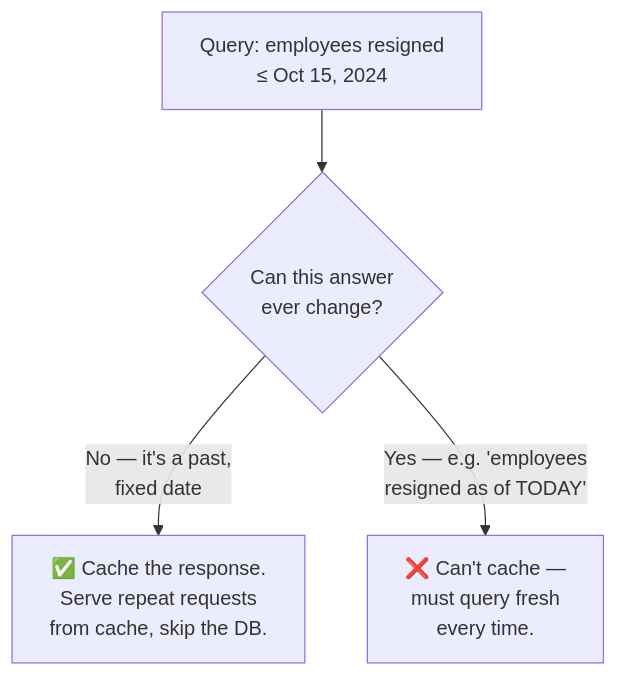
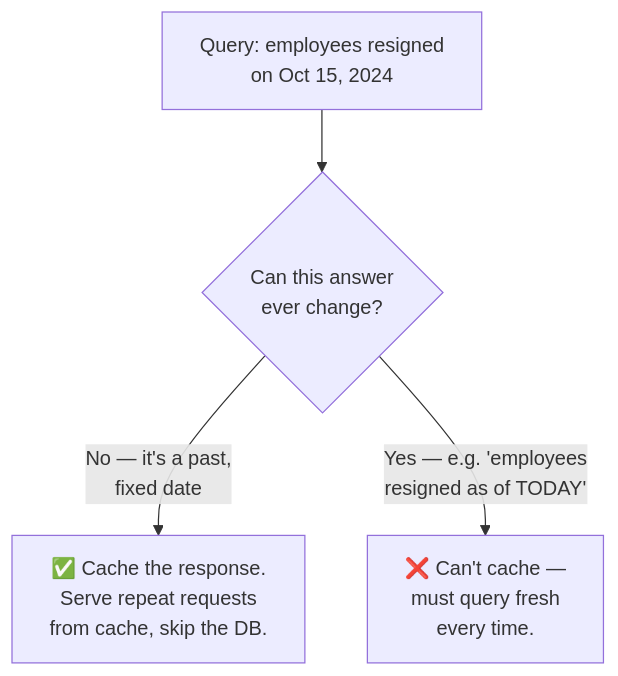
Before and after one commit to developerashok99/green-c-mule-notes: the fourth of 7 diagrams in detailed-notes/day03.md, drawn with Mermaid. The commit also changed other lines of this file and 1 other file, not shown here.

````diff
--- a/detailed-notes/day03.md
+++ b/detailed-notes/day03.md
@@ -86,6 +119,6 @@
 ```mermaid
 flowchart TB
-    Q["Query: employees resigned<br/>≤ Oct 15, 2024"] --> A{"Can this answer<br/>ever change?"}
+    Q["Query: employees resigned<br/>on Oct 15, 2024"] --> A{"Can this answer<br/>ever change?"}
     A -->|"No — it's a past,<br/>fixed date"| Cache["✅ Cache the response.<br/>Serve repeat requests<br/>from cache, skip the DB."]
     A -->|"Yes — e.g. 'employees<br/>resigned as of TODAY'"| NoCache["❌ Can't cache —<br/>must query fresh<br/>every time."]
 ```
````
